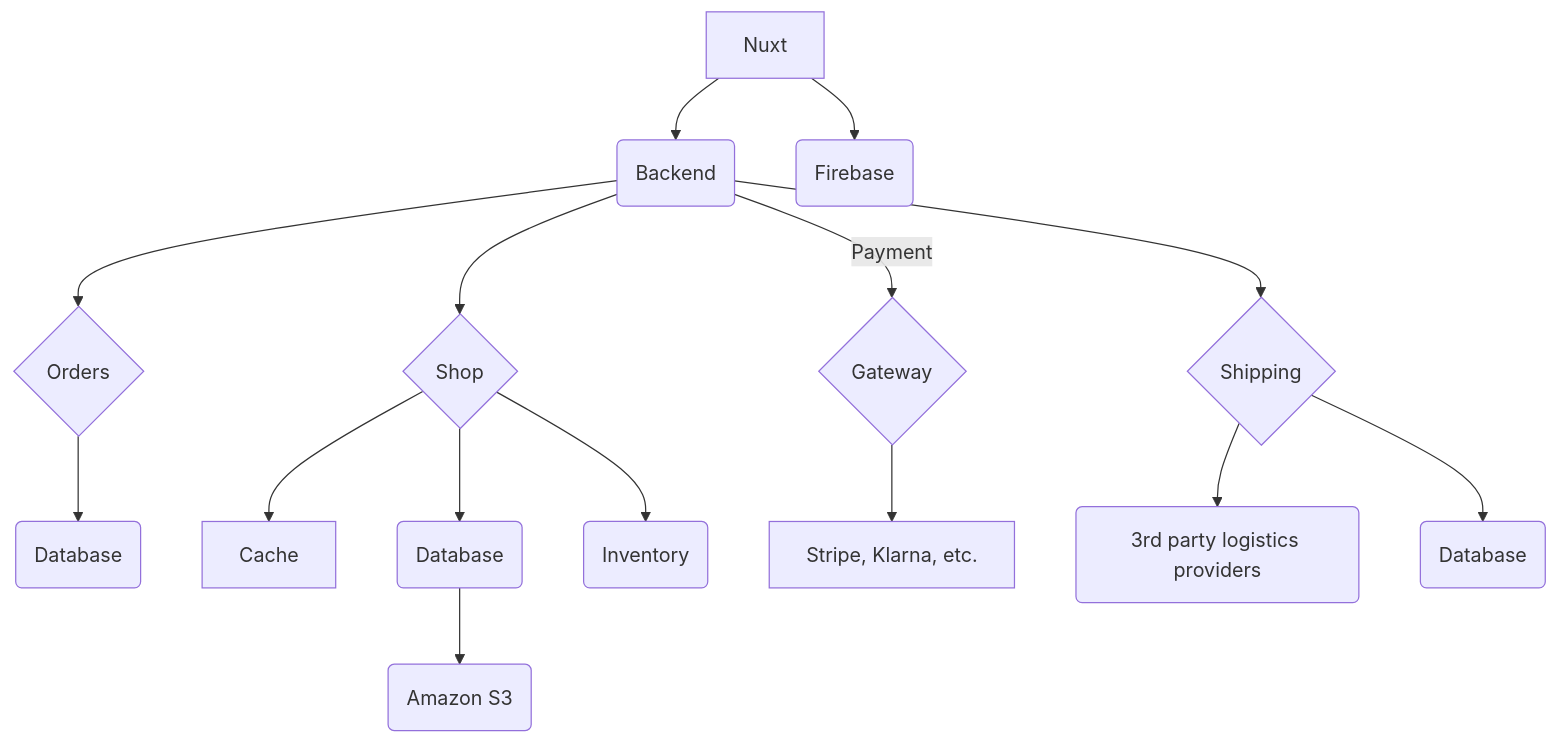
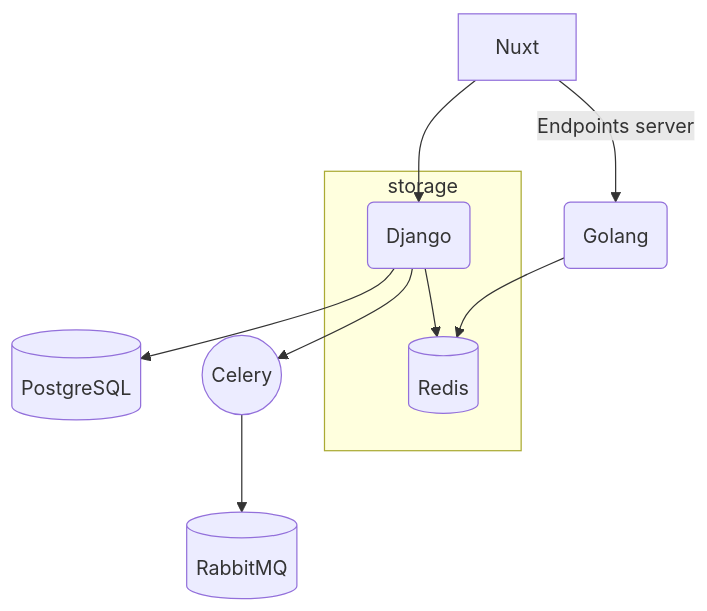
The first of 3 diagrams in docs/ARCHITECTURE.md (Zadigo/mydatabase), drawn with Mermaid before and after one commit. The commit also changed other lines of this file and 3 other files, not shown here.

````diff
--- a/docs/ARCHITECTURE.md
+++ b/docs/ARCHITECTURE.md
@@ -69,20 +69,15 @@
 ```mermaid
 flowchart
-    A[Nuxt] --> B(Backend)
-    A --> Q(Firebase)
-    B --> C{Shop}
-    B --> K{Orders}
-    B --> N{Shipping}
-    K --> S(Database)
 
-    C --> F[Cache]
-    C --> E(Database) --> M(Amazon S3)
-    C --> L(Inventory)
-  
-    B --> |Payment| G{Gateway}
-  
-    G --> H[Stripe, Klarna, etc.]
+A[Nuxt] --> B(Django)
+B --> C[(PostgreSQL)]
+B --> F((Celery))
+F --> G[(RabbitMQ)]
 
-    N --> O(3rd party logistics providers)
-    N --> R(Database)
+subgraph storage
+B --> D[(Redis)]
+end
+
+A --> |Endpoints server|H(Golang)
+H --> D
 ```
````
